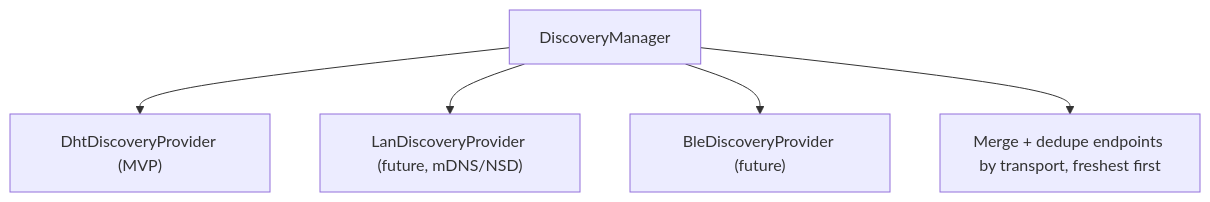
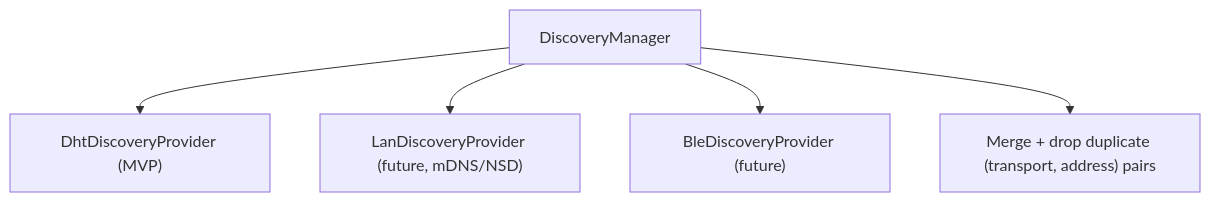
Before and after one commit to 0xAsghar/vMessenger: the second of 6 diagrams in docs/Discovery.md, drawn with Mermaid. The commit also changed other lines of this file and 16 other files, not shown here.

````diff
--- a/docs/Discovery.md
+++ b/docs/Discovery.md
@@ -56,7 +61,7 @@
 ```mermaid
 flowchart TD
   Manager["DiscoveryManager"] --> P1["DhtDiscoveryProvider (MVP)"]
   Manager --> P2["LanDiscoveryProvider (future, mDNS/NSD)"]
   Manager --> P3["BleDiscoveryProvider (future)"]
-  Manager --> Merge["Merge + dedupe endpoints by transport, freshest first"]
+  Manager --> Merge["Merge + drop duplicate (transport, address) pairs"]
 ```
````
